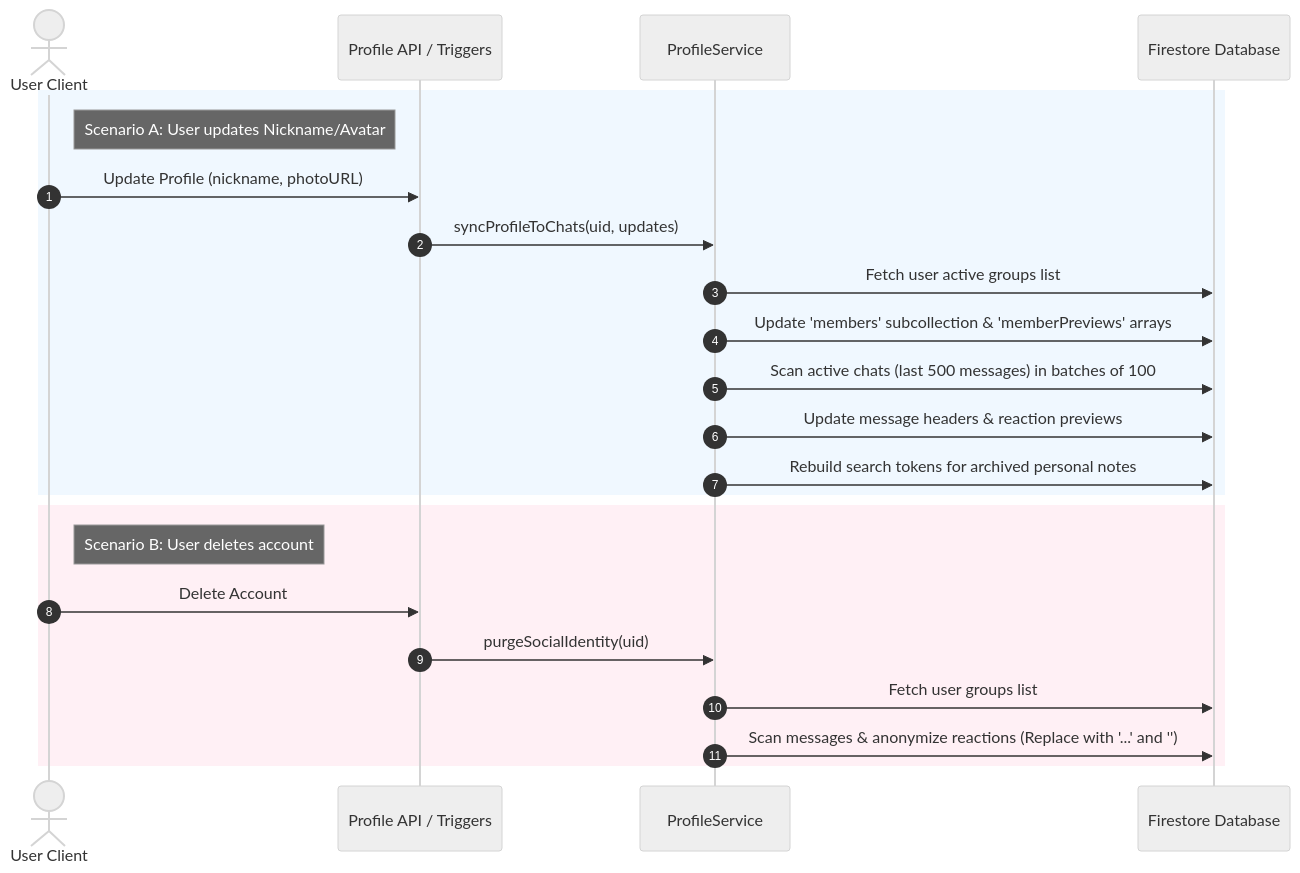
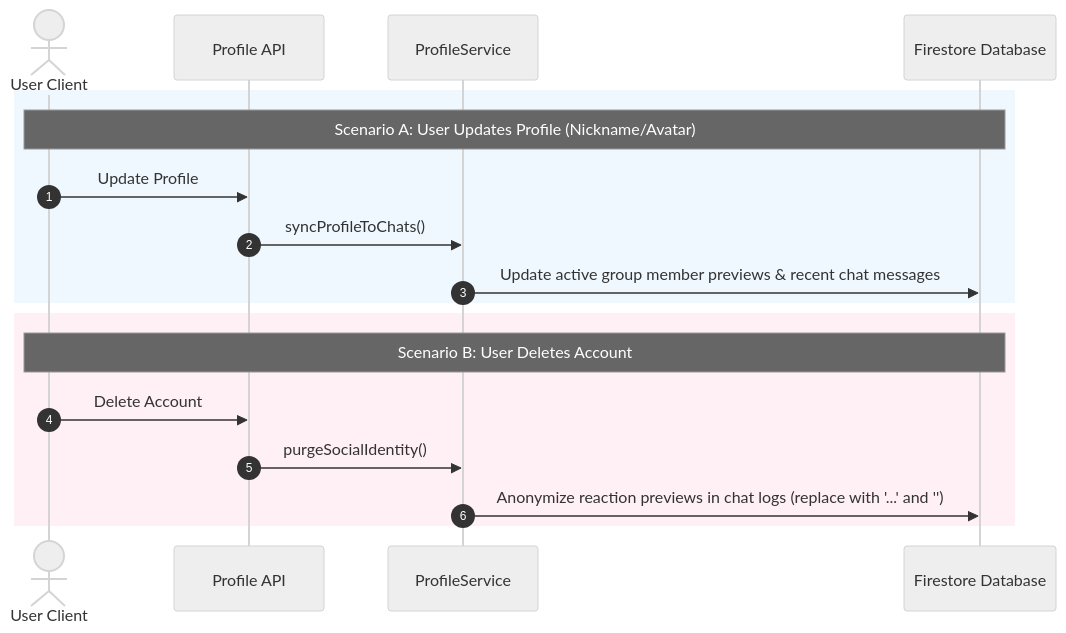
Before and after one commit to ScriptureHabit/scripture-habit: the diagram in docs/profile-sync-anonymization.md, drawn with Mermaid (neutral theme). The commit also changed other lines of this file and 19 other files, not shown here.

````diff
--- a/docs/profile-sync-anonymization.md
+++ b/docs/profile-sync-anonymization.md
@@ -13,27 +11,22 @@
 ```mermaid
 sequenceDiagram
     autonumber
     actor User as User Client
-    participant API as Profile API / Triggers
+    participant API as Profile API
     participant PS as ProfileService
     participant DB as Firestore Database
-    
+
     rect rgb(240, 248, 255)
-        note right of User: Scenario A: User updates Nickname/Avatar
-        User->>API: Update Profile (nickname, photoURL)
-        API->>PS: syncProfileToChats(uid, updates)
-        PS->>DB: Fetch user active groups list
-        PS->>DB: Update 'members' subcollection & 'memberPreviews' arrays
-        PS->>DB: Scan active chats (last 500 messages) in batches of 100
-        PS->>DB: Update message headers & reaction previews
-        PS->>DB: Rebuild search tokens for archived personal notes
+        Note over User,DB: Scenario A: User Updates Profile (Nickname/Avatar)
+        User->>API: Update Profile
+        API->>PS: syncProfileToChats()
+        PS->>DB: Update active group member previews & recent chat messages
     end
 
     rect rgb(255, 240, 245)
-        note right of User: Scenario B: User deletes account
+        Note over User,DB: Scenario B: User Deletes Account
         User->>API: Delete Account
-        API->>PS: purgeSocialIdentity(uid)
-        PS->>DB: Fetch user groups list
-        PS->>DB: Scan messages & anonymize reactions (Replace with '...' and '')
+        API->>PS: purgeSocialIdentity()
+        PS->>DB: Anonymize reaction previews in chat logs (replace with '...' and '')
     end
 ```
````
